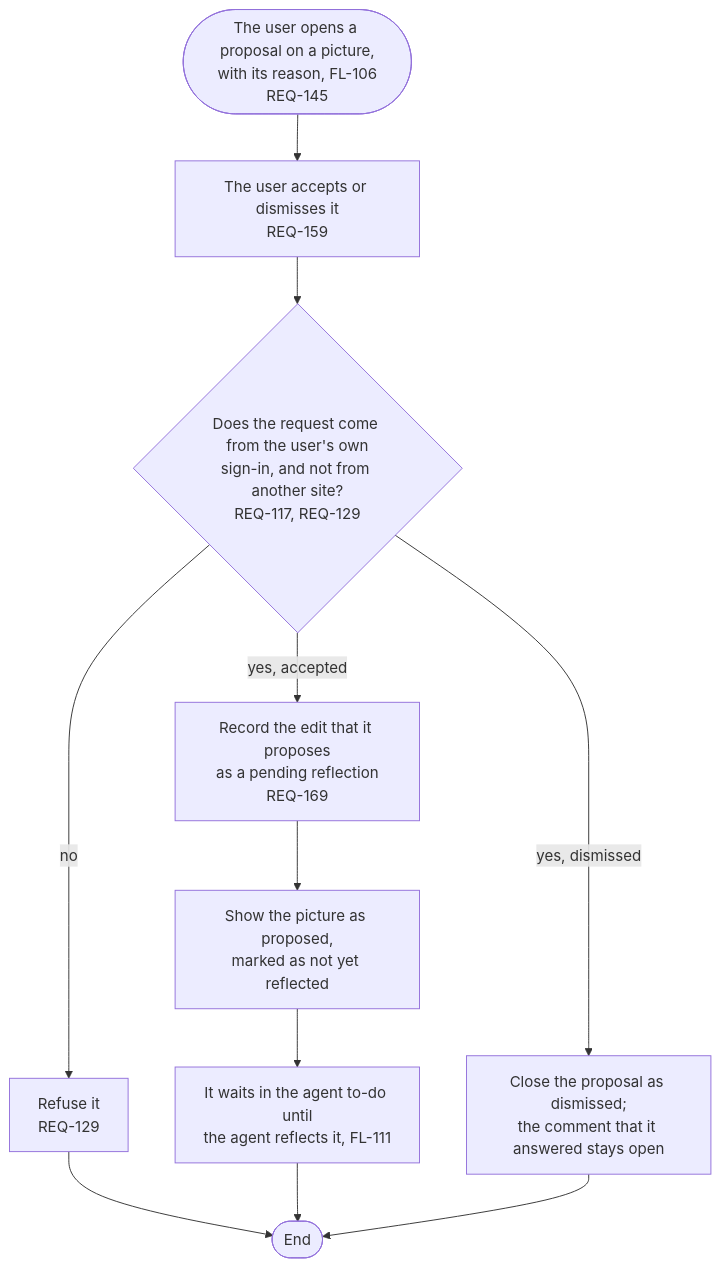
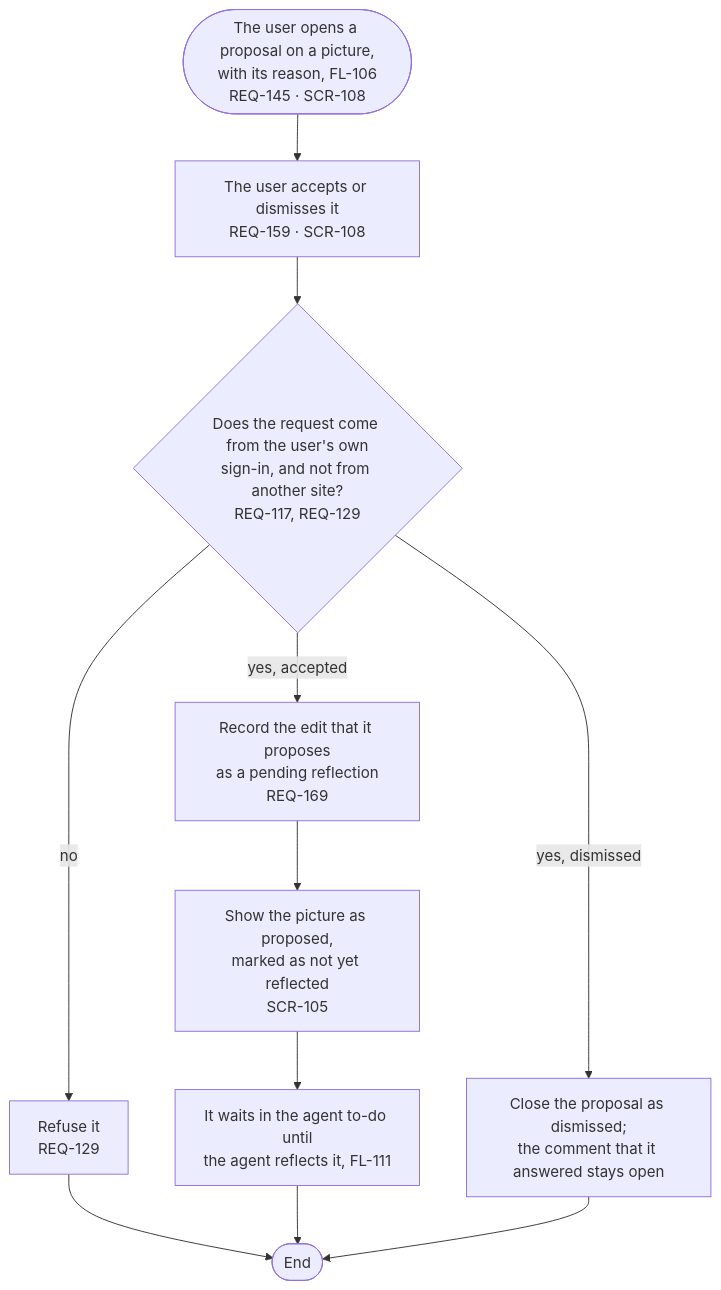
Before and after one commit to kodonghui/corthex-nexus: the diagram in docs/03-user-flow/nexus/FL-110-accept-or-dismiss-a-proposal.md, drawn with Mermaid. The commit also changed 19 other files, not shown here.

````diff
--- a/docs/03-user-flow/nexus/FL-110-accept-or-dismiss-a-proposal.md
+++ b/docs/03-user-flow/nexus/FL-110-accept-or-dismiss-a-proposal.md
@@ -9,13 +9,13 @@
 ```mermaid
 flowchart TD
-  A(["The user opens a proposal on a picture,<br/>with its reason, FL-106<br/>REQ-145"]) --> B["The user accepts or dismisses it<br/>REQ-159"]
+  A(["The user opens a proposal on a picture,<br/>with its reason, FL-106<br/>REQ-145 · SCR-108"]) --> B["The user accepts or dismisses it<br/>REQ-159 · SCR-108"]
   B --> C{"Does the request come from the user's own<br/>sign-in, and not from another site?<br/>REQ-117, REQ-129"}
   C -->|no| R["Refuse it<br/>REQ-129"]
   R --> Z(["End"])
   C -->|yes, accepted| E["Record the edit that it proposes<br/>as a pending reflection<br/>REQ-169"]
-  E --> F["Show the picture as proposed,<br/>marked as not yet reflected"]
+  E --> F["Show the picture as proposed,<br/>marked as not yet reflected<br/>SCR-105"]
   F --> G["It waits in the agent to-do until<br/>the agent reflects it, FL-111"]
   G --> Z
   C -->|yes, dismissed| H["Close the proposal as dismissed;<br/>the comment that it answered stays open"]
   H --> Z
 ```
````
